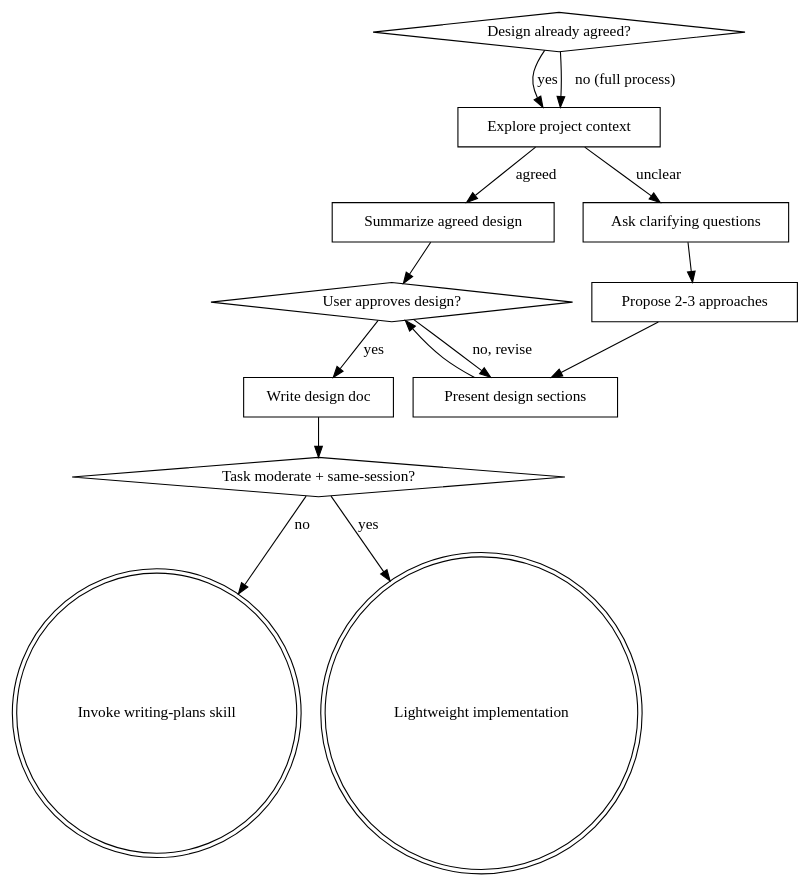
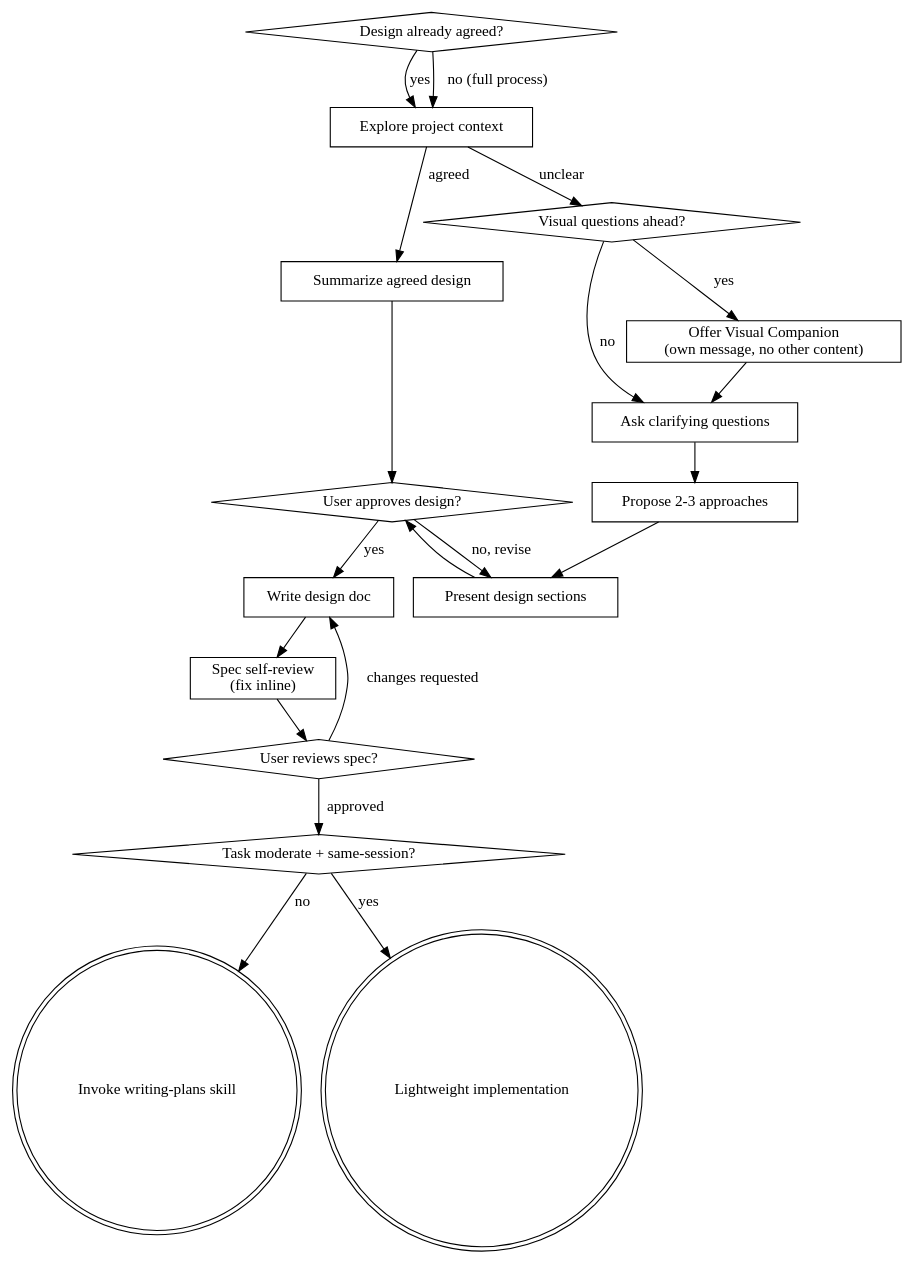
The diagram in skills/brainstorming/SKILL.md (anortham/razorback), drawn with Graphviz before and after one commit. The commit also changed other lines of this file and 7 other files, not shown here.

First line of the commit message:
feat: add spec review, visual companion to brainstorming skill

````diff
--- a/skills/brainstorming/SKILL.md
+++ b/skills/brainstorming/SKILL.md
@@ -63,31 +70,41 @@
 ```dot
 digraph brainstorming {
     "Design already agreed?" [shape=diamond];
     "Task moderate + same-session?" [shape=diamond];
     "Explore project context" [shape=box];
     "Summarize agreed design" [shape=box];
+    "Visual questions ahead?" [shape=diamond];
+    "Offer Visual Companion\n(own message, no other content)" [shape=box];
     "Ask clarifying questions" [shape=box];
     "Propose 2-3 approaches" [shape=box];
     "Present design sections" [shape=box];
     "User approves design?" [shape=diamond];
     "Write design doc" [shape=box];
+    "Spec self-review\n(fix inline)" [shape=box];
+    "User reviews spec?" [shape=diamond];
     "Invoke writing-plans skill" [shape=doublecircle];
     "Lightweight implementation" [shape=doublecircle];
 
     "Design already agreed?" -> "Explore project context" [label="yes"];
     "Design already agreed?" -> "Explore project context" [label="no (full process)"];
 
     "Explore project context" -> "Summarize agreed design" [label="agreed"];
-    "Explore project context" -> "Ask clarifying questions" [label="unclear"];
+    "Explore project context" -> "Visual questions ahead?" [label="unclear"];
+    "Visual questions ahead?" -> "Offer Visual Companion\n(own message, no other content)" [label="yes"];
+    "Visual questions ahead?" -> "Ask clarifying questions" [label="no"];
+    "Offer Visual Companion\n(own message, no other content)" -> "Ask clarifying questions";
     "Ask clarifying questions" -> "Propose 2-3 approaches";
     "Propose 2-3 approaches" -> "Present design sections";
     "Present design sections" -> "User approves design?";
     "Summarize agreed design" -> "User approves design?";
 
     "User approves design?" -> "Present design sections" [label="no, revise"];
     "User approves design?" -> "Write design doc" [label="yes"];
-    "Write design doc" -> "Task moderate + same-session?";
+    "Write design doc" -> "Spec self-review\n(fix inline)";
+    "Spec self-review\n(fix inline)" -> "User reviews spec?";
+    "User reviews spec?" -> "Write design doc" [label="changes requested"];
+    "User reviews spec?" -> "Task moderate + same-session?" [label="approved"];
     "Task moderate + same-session?" -> "Lightweight implementation" [label="yes"];
     "Task moderate + same-session?" -> "Invoke writing-plans skill" [label="no"];
 }
 ```
````
